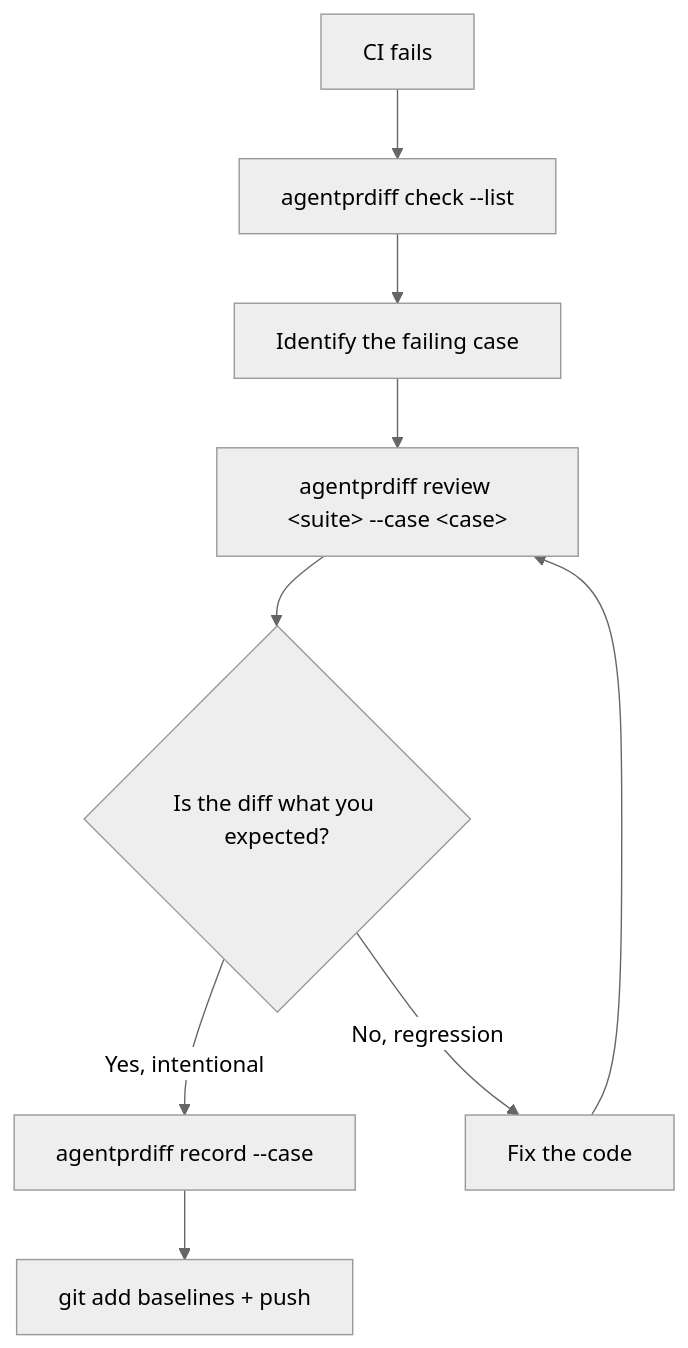
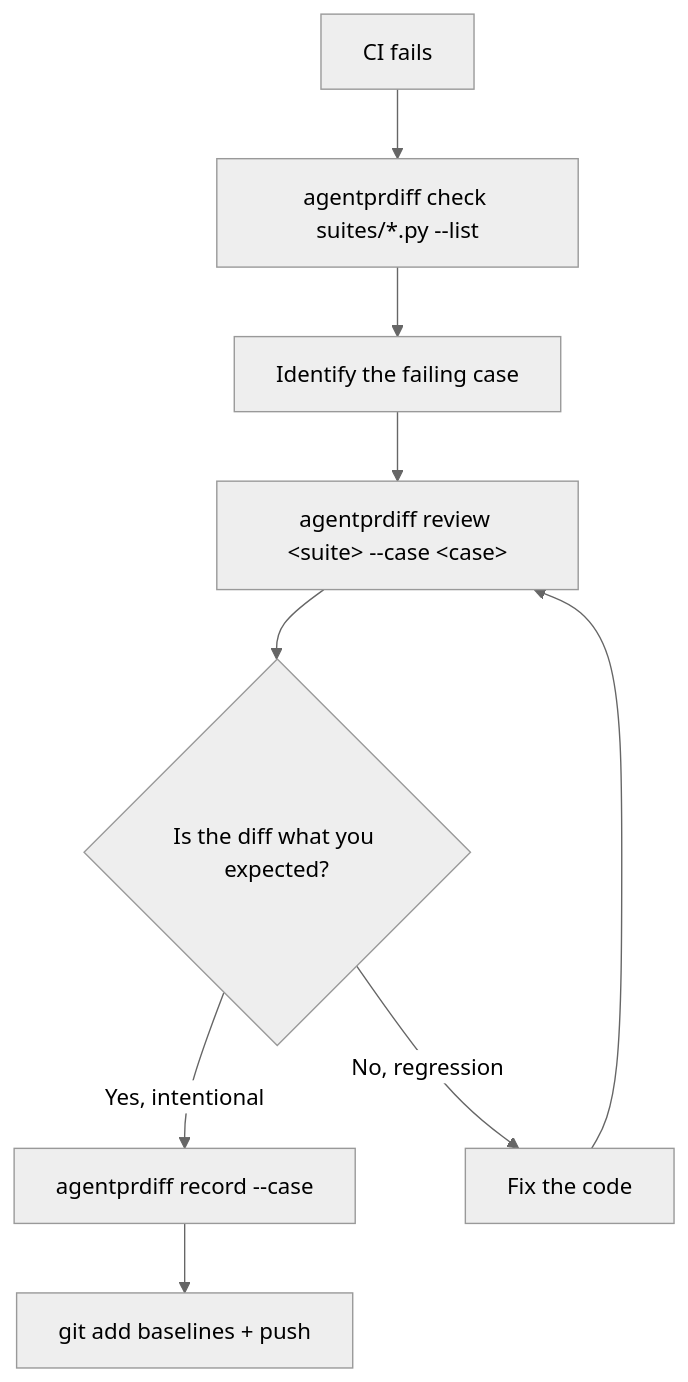
The diagram in docs-site/docs/scenarios/debugging.md (vnageshwaran-de/agentprdiff), drawn with Mermaid (neutral theme) before and after one commit. The commit also changed other lines of this file and 25 other files, not shown here.

````diff
--- a/docs-site/docs/scenarios/debugging.md
+++ b/docs-site/docs/scenarios/debugging.md
@@ -13,11 +13,11 @@
 ```mermaid
 flowchart TD
-    A[CI fails] --> B[agentprdiff check --list]
+    A[CI fails] --> B[agentprdiff check suites/*.py --list]
     B --> C[Identify the failing case]
     C --> D[agentprdiff review &lt;suite&gt; --case &lt;case&gt;]
     D --> E{Is the diff what you expected?}
     E -->|Yes, intentional| F[agentprdiff record --case]
     F --> G[git add baselines + push]
     E -->|No, regression| H[Fix the code]
     H --> D
 ```
````
